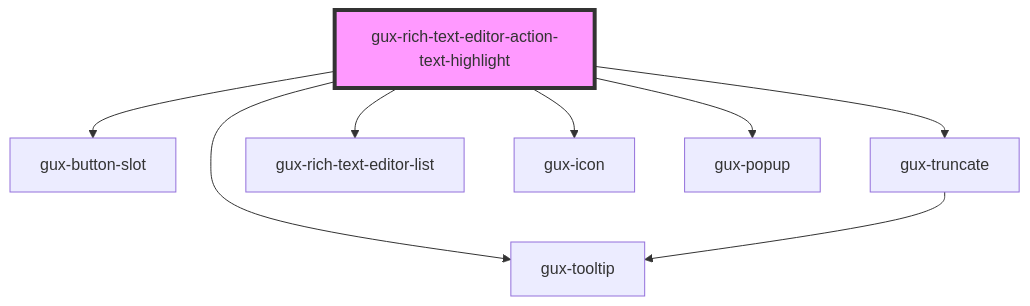
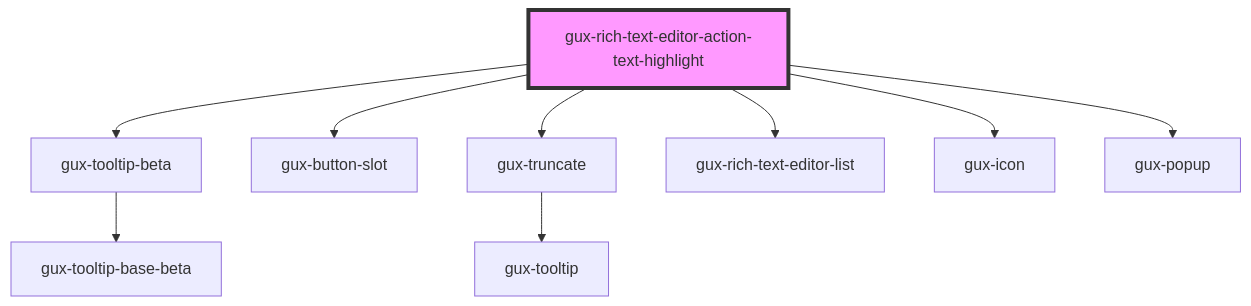
The diagram in packages/genesys-spark-components/src/components/beta/gux-rich-text-editor/gux-rich-text-editor-action/gux-rich-text-editor-action-text-highlight/readme.md (MyPureCloud/genesys-spark), drawn with Mermaid before and after one commit. The commit also changed other lines of this file and 11 other files, not shown here.

````diff
--- a/packages/genesys-spark-components/src/components/beta/gux-rich-text-editor/gux-rich-text-editor-action/gux-rich-text-editor-action-text-highlight/readme.md
+++ b/packages/genesys-spark-components/src/components/beta/gux-rich-text-editor/gux-rich-text-editor-action/gux-rich-text-editor-action-text-highlight/readme.md
@@ -42,11 +42,12 @@
 ```mermaid
 graph TD;
-  gux-rich-text-editor-action-text-highlight --> gux-tooltip
+  gux-rich-text-editor-action-text-highlight --> gux-tooltip-beta
   gux-rich-text-editor-action-text-highlight --> gux-button-slot
   gux-rich-text-editor-action-text-highlight --> gux-truncate
   gux-rich-text-editor-action-text-highlight --> gux-rich-text-editor-list
   gux-rich-text-editor-action-text-highlight --> gux-icon
   gux-rich-text-editor-action-text-highlight --> gux-popup
+  gux-tooltip-beta --> gux-tooltip-base-beta
   gux-truncate --> gux-tooltip
   style gux-rich-text-editor-action-text-highlight fill:#f9f,stroke:#333,stroke-width:4px
 ```
````
